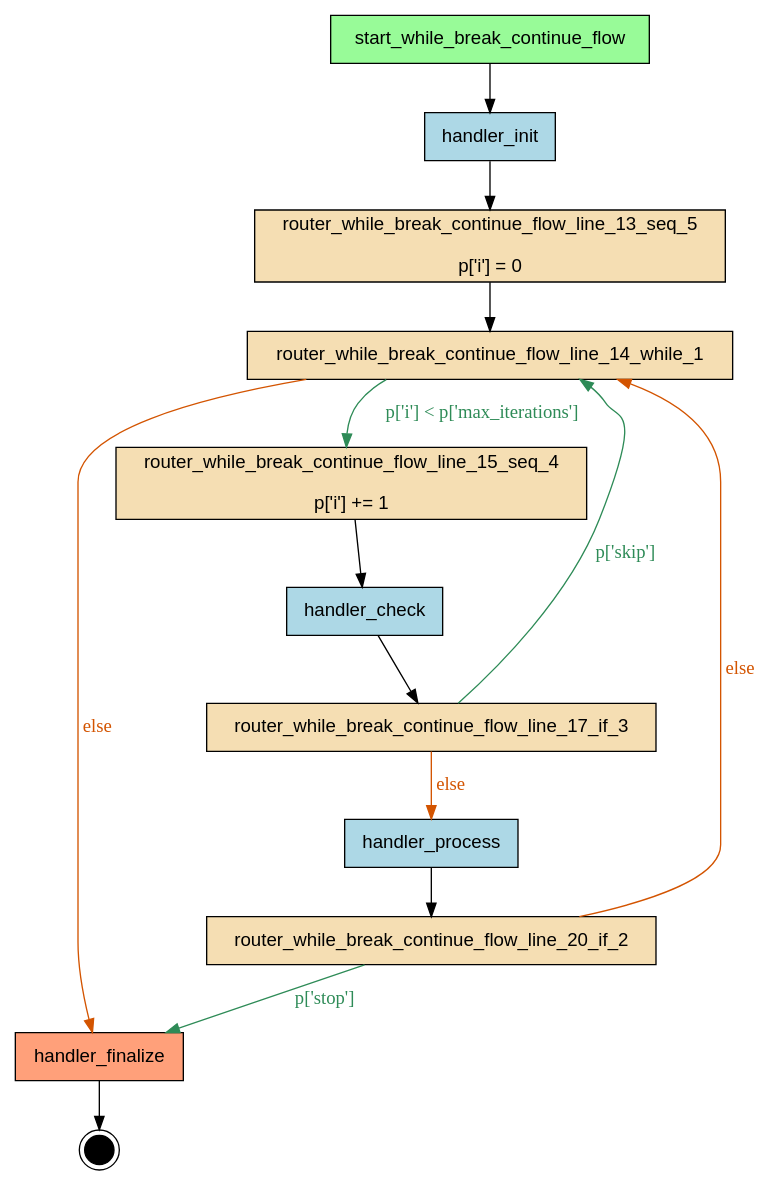
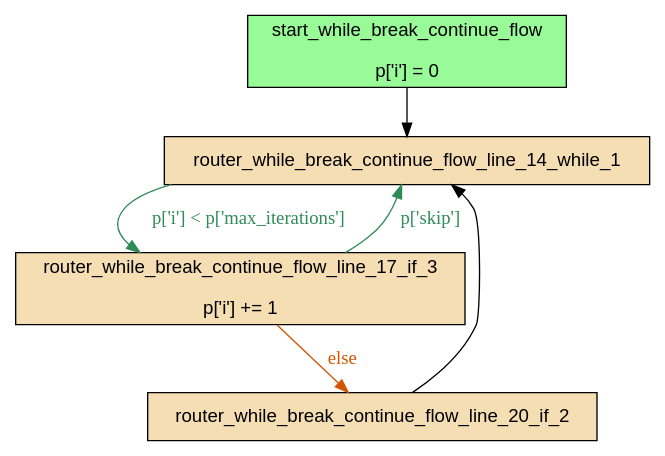
The diagram in examples/flows/compiled/while_break_continue/flow.dot (deliveryhero/asya), drawn with Graphviz before and after one commit. The commit also changed 1203 other files, not shown here.

```diff
--- a/examples/flows/compiled/while_break_continue/flow.dot
+++ b/examples/flows/compiled/while_break_continue/flow.dot
@@ -1,33 +1,17 @@
 digraph "while_break_continue_flow" {
     rankdir=TB;
     node [shape=box, style=filled, fontname="Helvetica"];
 
     { rank=source; start_while_break_continue_flow; }
 
-    handler_check [label="handler_check", fillcolor=lightblue];
-    handler_finalize [label="handler_finalize", fillcolor=lightsalmon];
-    handler_init [label="handler_init", fillcolor=lightblue];
-    handler_process [label="handler_process", fillcolor=lightblue];
-    router_while_break_continue_flow_line_13_seq_5 [label="router_while_break_continue_flow_line_13_seq_5\n\np['i'] = 0", fillcolor=wheat];
     router_while_break_continue_flow_line_14_while_1 [label="router_while_break_continue_flow_line_14_while_1", fillcolor=wheat];
-    router_while_break_continue_flow_line_15_seq_4 [label="router_while_break_continue_flow_line_15_seq_4\n\np['i'] += 1", fillcolor=wheat];
-    router_while_break_continue_flow_line_17_if_3 [label="router_while_break_continue_flow_line_17_if_3", fillcolor=wheat];
+    router_while_break_continue_flow_line_17_if_3 [label="router_while_break_continue_flow_line_17_if_3\n\np['i'] += 1", fillcolor=wheat];
     router_while_break_continue_flow_line_20_if_2 [label="router_while_break_continue_flow_line_20_if_2", fillcolor=wheat];
-    start_while_break_continue_flow [label="start_while_break_continue_flow", fillcolor=palegreen];
+    start_while_break_continue_flow [label="start_while_break_continue_flow\n\np['i'] = 0", fillcolor=palegreen];
 
-    __end__ [label="", shape=doublecircle, fillcolor=black, width=0.3, fixedsize=true];
-
-    start_while_break_continue_flow -> handler_init;
-    handler_init -> router_while_break_continue_flow_line_13_seq_5;
-    router_while_break_continue_flow_line_20_if_2 -> handler_finalize [label="p['stop']", color="#2E8B57", fontcolor="#2E8B57"];
+    start_while_break_continue_flow -> router_while_break_continue_flow_line_14_while_1;
     router_while_break_continue_flow_line_17_if_3 -> router_while_break_continue_flow_line_14_while_1 [label="p['skip']", color="#2E8B57", fontcolor="#2E8B57"];
-    router_while_break_continue_flow_line_17_if_3 -> handler_process [label="else", color="#D35400", fontcolor="#D35400"];
-    handler_process -> router_while_break_continue_flow_line_20_if_2;
-    router_while_break_continue_flow_line_15_seq_4 -> handler_check;
-    handler_check -> router_while_break_continue_flow_line_17_if_3;
-    router_while_break_continue_flow_line_14_while_1 -> router_while_break_continue_flow_line_15_seq_4 [label="p['i'] < p['max_iterations']", color="#2E8B57", fontcolor="#2E8B57"];
-    router_while_break_continue_flow_line_14_while_1 -> handler_finalize [label="else", color="#D35400", fontcolor="#D35400"];
-    router_while_break_continue_flow_line_13_seq_5 -> router_while_break_continue_flow_line_14_while_1;
-    router_while_break_continue_flow_line_20_if_2 -> router_while_break_continue_flow_line_14_while_1 [label="else", color="#D35400", fontcolor="#D35400"];
-    handler_finalize -> __end__;
+    router_while_break_continue_flow_line_17_if_3 -> router_while_break_continue_flow_line_20_if_2 [label="else", color="#D35400", fontcolor="#D35400"];
+    router_while_break_continue_flow_line_14_while_1 -> router_while_break_continue_flow_line_17_if_3 [label="p['i'] < p['max_iterations']", color="#2E8B57", fontcolor="#2E8B57"];
+    router_while_break_continue_flow_line_20_if_2 -> router_while_break_continue_flow_line_14_while_1;
 }
```
